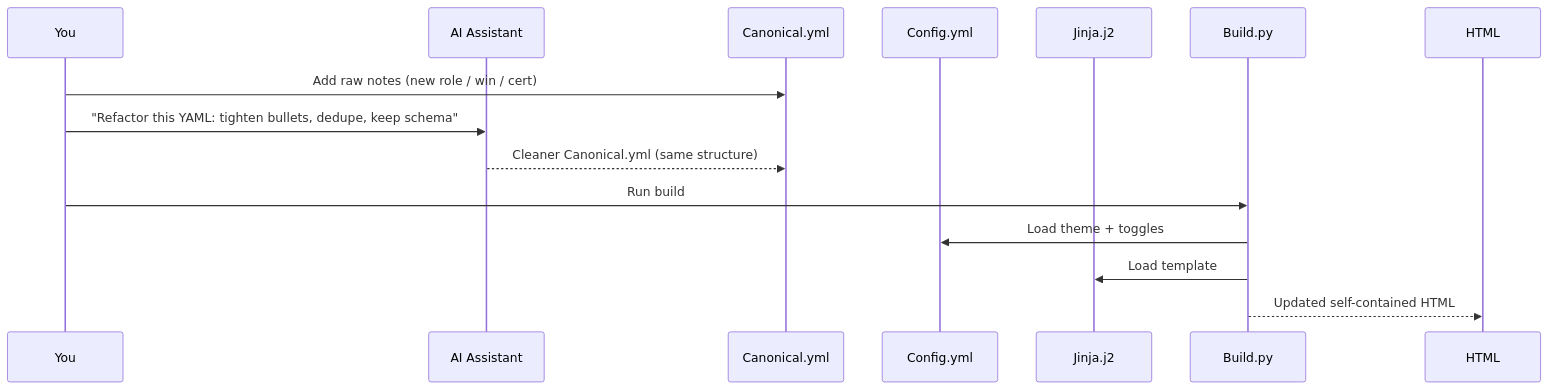
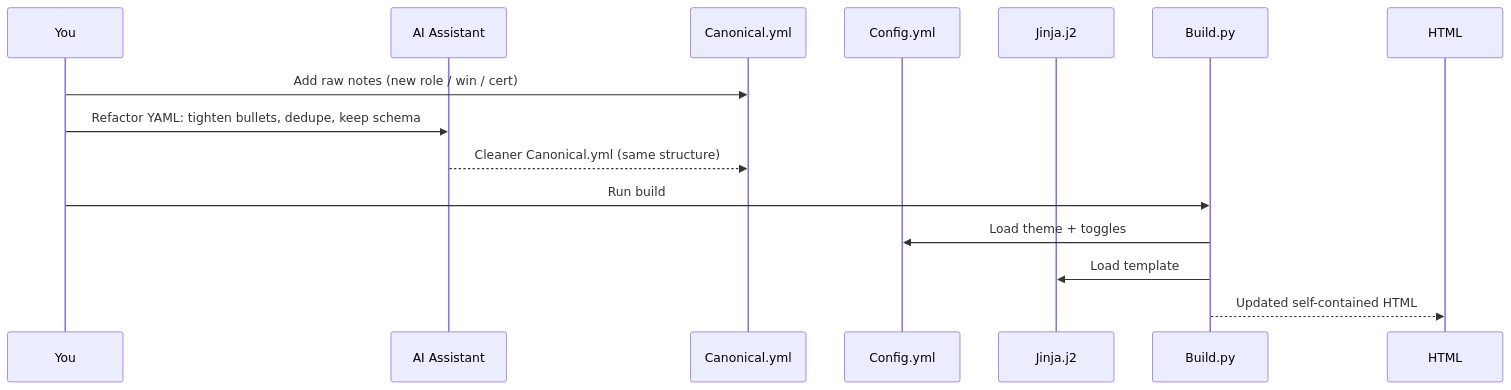
The second of 2 diagrams in docs/how-to.md (michaelljackson101/CVFoundry-Lite), drawn with Mermaid before and after one commit. The commit also changed other lines of this file and 8 other files, not shown here.

````diff
--- a/docs/how-to.md
+++ b/docs/how-to.md
@@ -111,18 +111,18 @@
 ```mermaid
 sequenceDiagram
   participant You
   participant AI as AI Assistant
   participant Y as Canonical.yml
   participant C as Config.yml
   participant T as Jinja.j2
   participant B as Build.py
   participant H as HTML
 
   You->>Y: Add raw notes (new role / win / cert)
-  You->>AI: "Refactor this YAML: tighten bullets, dedupe, keep schema"
+  You->>AI: Refactor YAML: tighten bullets, dedupe, keep schema
   AI-->>Y: Cleaner Canonical.yml (same structure)
   You->>B: Run build
   B->>C: Load theme + toggles
   B->>T: Load template
   B-->>H: Updated self-contained HTML
 ```
````
